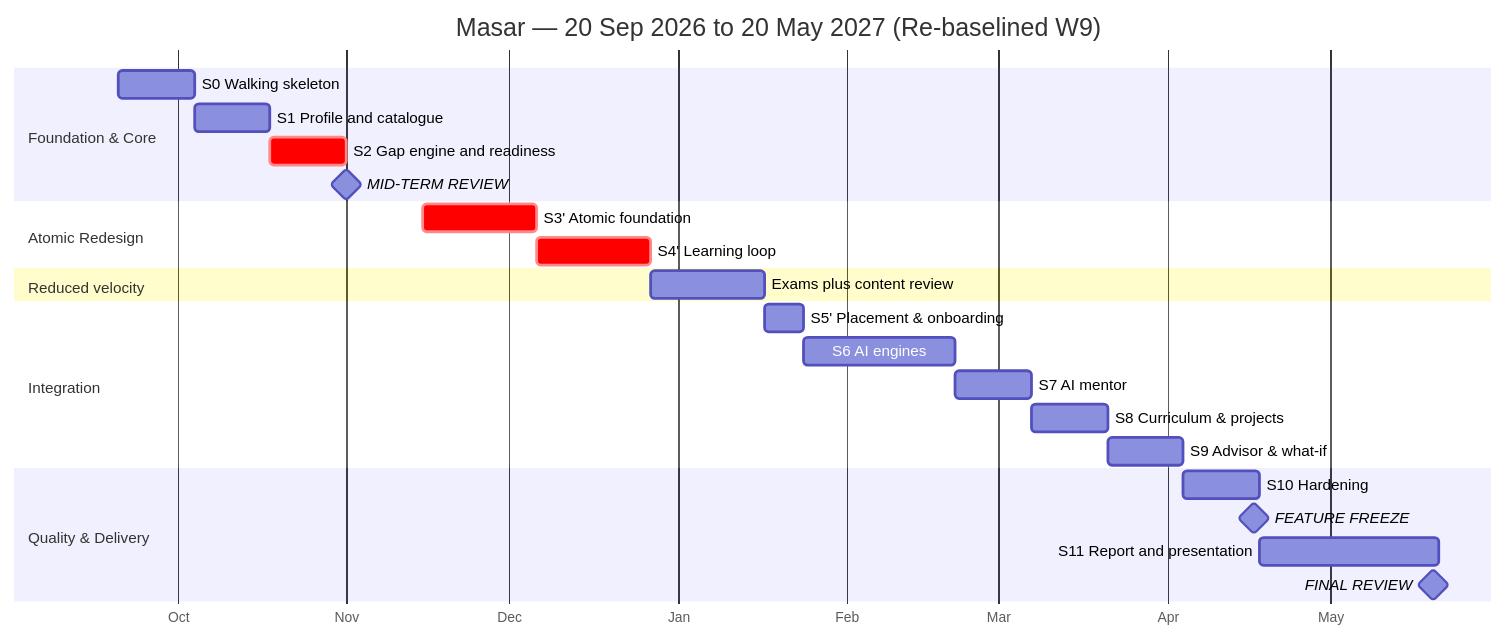
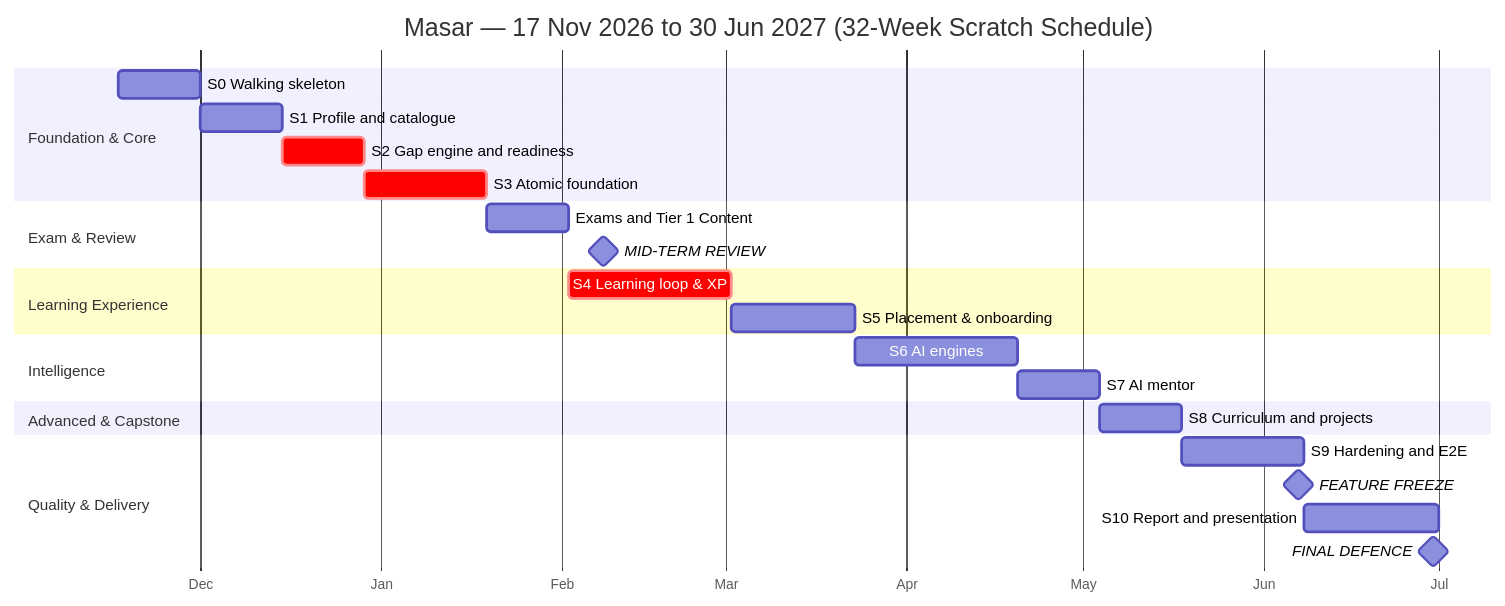
One commit to Masar-SCU/Masar changed the diagram in docs/08-plan-and-timeline.md. Above: the diagram before and after it, drawn with Mermaid. The commit also changed other lines of this file and 17 other files, not shown here.

Commit message:
docs: address review feedback, re-baseline timeline to June 2027, and add AGENTS.md instructions

````diff
--- a/docs/08-plan-and-timeline.md
+++ b/docs/08-plan-and-timeline.md
@@ -99,32 +85,33 @@
 ```mermaid
 gantt
-    title Masar — 20 Sep 2026 to 20 May 2027 (Re-baselined W9)
+    title Masar — 17 Nov 2026 to 30 Jun 2027 (32-Week Scratch Schedule)
     dateFormat YYYY-MM-DD
     axisFormat %b
 
     section Foundation & Core
-    S0 Walking skeleton         :s0, 2026-09-20, 14d
+    S0 Walking skeleton         :s0, 2026-11-17, 14d
     S1 Profile and catalogue    :s1, after s0, 14d
     S2 Gap engine and readiness :crit, s2, after s1, 14d
-    MID-TERM REVIEW             :milestone, m1, 2026-11-01, 0d
+    S3 Atomic foundation        :crit, s3, after s2, 21d
 
-    section Atomic Redesign
-    S3' Atomic foundation       :crit, s3, 2026-11-15, 21d
-    S4' Learning loop           :crit, s4, after s3, 21d
+    section Exam & Review
+    Exams and Tier 1 Content    :exam, 2027-01-19, 14d
+    MID-TERM REVIEW             :milestone, m1, 2027-02-08, 0d
 
-    section Reduced velocity
-    Exams plus content review   :exam, 2026-12-27, 21d
+    section Learning Experience
+    S4 Learning loop & XP       :crit, s4, 2027-02-02, 28d
+    S5 Placement & onboarding   :s5, after s4, 21d
 
-    section Integration
-    S5' Placement & onboarding  :s5, 2027-01-17, 7d
-    S6 AI engines               :s6, 2027-01-24, 28d
+    section Intelligence
+    S6 AI engines               :s6, 2027-03-23, 28d
     S7 AI mentor                :s7, after s6, 14d
-    S8 Curriculum & projects    :s8, after s7, 14d
-    S9 Advisor & what-if        :s9, after s8, 14d
+
+    section Advanced & Capstone
+    S8 Curriculum and projects  :s8, after s7, 14d
 
     section Quality & Delivery
-    S10 Hardening               :s10, 2027-04-04, 14d
-    FEATURE FREEZE              :milestone, m2, 2027-04-17, 0d
-    S11 Report and presentation :s11, 2027-04-18, 33d
-    FINAL REVIEW                :milestone, m3, 2027-05-20, 0d
+    S9 Hardening and E2E        :s9, 2027-05-18, 21d
+    FEATURE FREEZE              :milestone, m2, 2027-06-07, 0d
+    S10 Report and presentation :s10, 2027-06-08, 23d
+    FINAL DEFENCE               :milestone, m3, 2027-06-30, 0d
 ```
````
